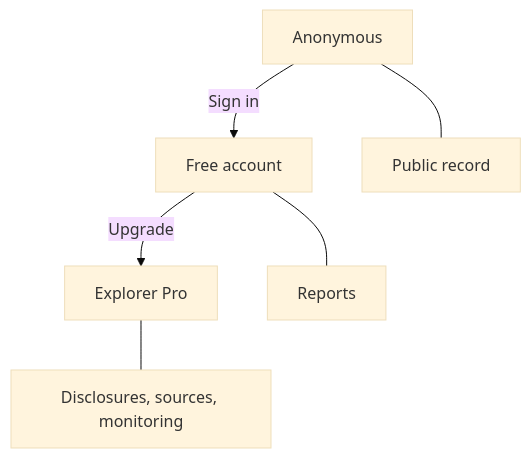
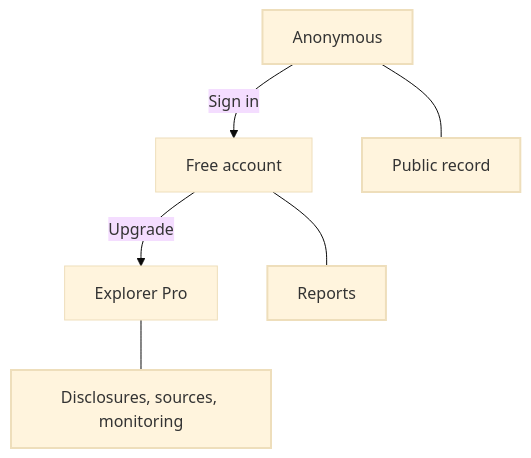
One commit to blupryntco/docs changed the diagram in explorer/access-and-provenance.mdx. Above: the diagram before and after it, drawn with Mermaid (base theme). The commit also changed 54 other files, not shown here.

Commit message:
Diagrams in site palette with dark mode; Developers overview for SDK + both APIs

````diff
--- a/explorer/access-and-provenance.mdx
+++ b/explorer/access-and-provenance.mdx
@@ -21,8 +21,12 @@
 ```mermaid
 flowchart TD
     A[Anonymous] -->|Sign in| B[Free account]
     B -->|Upgrade| C[Explorer Pro]
     A --- D[Public record]
     B --- E[Reports]
     C --- F[Disclosures, sources, monitoring]
+classDef start stroke-width:2px
+classDef done stroke-width:2px
+class A start
+class D,E,F done
 ```
````
